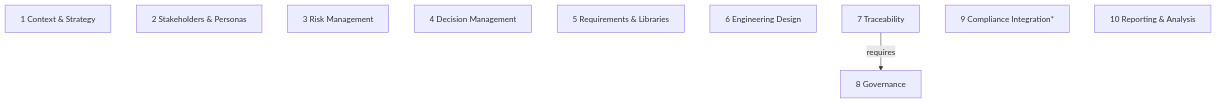
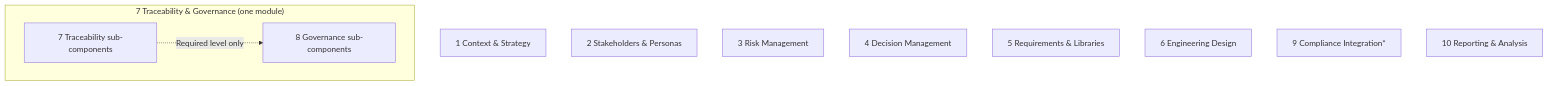
The second of 2 diagrams in docs/plans/future-modules-2026-09-index.md (ballardr/reqtrackmanager), drawn with Mermaid before and after one commit. The commit also changed other lines of this file and 1294 other files, not shown here.

````diff
--- a/docs/plans/future-modules-2026-09-index.md
+++ b/docs/plans/future-modules-2026-09-index.md
@@ -315,15 +312,18 @@
 ```mermaid
 flowchart TD
     M1["1 Context & Strategy"]
     M2["2 Stakeholders & Personas"]
     M3["3 Risk Management"]
     M4["4 Decision Management"]
     M5["5 Requirements & Libraries"]
     M6["6 Engineering Design"]
-    M7["7 Traceability"]
-    M8["8 Governance"]
+    subgraph GT["7 Traceability & Governance (one module)"]
+        direction LR
+        M8["8 Governance sub-components"]
+        M7["7 Traceability sub-components"]
+    end
     M9["9 Compliance Integration*"]
     M10["10 Reporting & Analysis"]
 
-    M7 -->|requires| M8
+    M7 -.->|"Required level only"| M8
 ```
````
